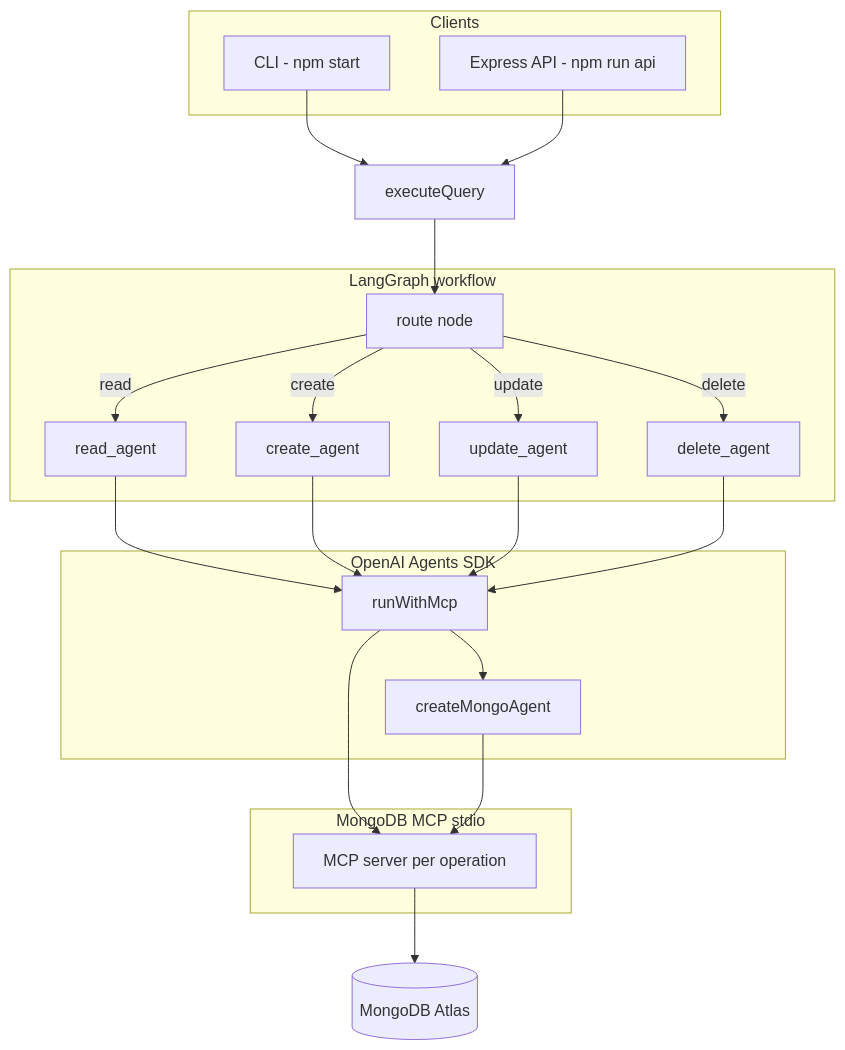
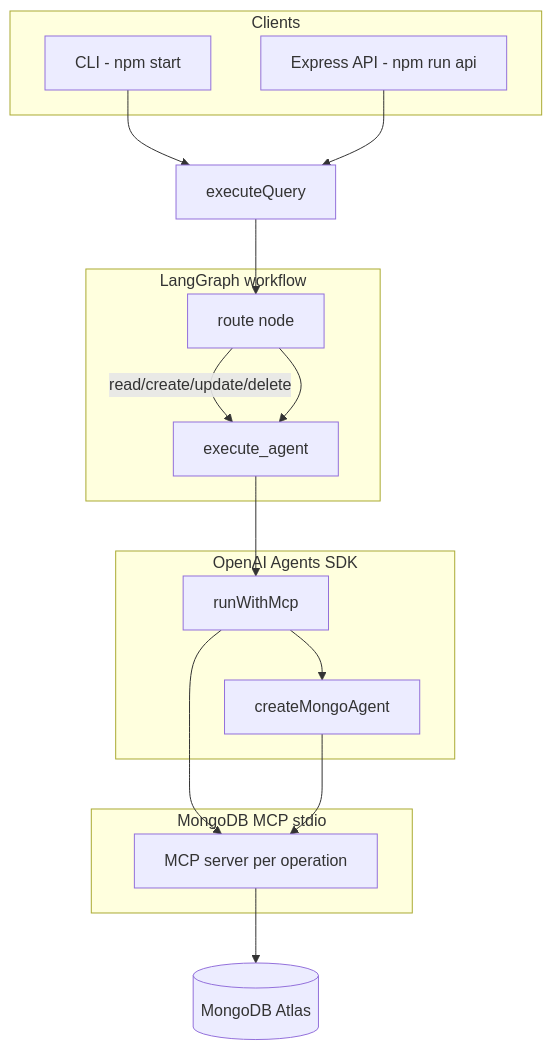
The first of 2 diagrams in README.md (tansenkhan1990/MCP_TYEPSCRIPT_MONGODB_LANGGRAPH_OPENAI_AGENT), drawn with Mermaid before and after one commit. The commit also changed other lines of this file and 13 other files, not shown here.

````diff
--- a/README.md
+++ b/README.md
@@ -65,42 +65,34 @@
 ```mermaid
 flowchart TB
   subgraph clients [Clients]
     CLI[CLI - npm start]
     API[Express API - npm run api]
   end
 
   subgraph workflow [LangGraph workflow]
     Route[route node]
-    ReadN[read_agent]
-    CreateN[create_agent]
-    UpdateN[update_agent]
-    DeleteN[delete_agent]
-    Route -->|read| ReadN
-    Route -->|create| CreateN
-    Route -->|update| UpdateN
-    Route -->|delete| DeleteN
+    Exec[execute_agent]
+    Route -->|read/create/update/delete| Exec
   end
 
   subgraph agents [OpenAI Agents SDK]
     Factory[createMongoAgent]
     RunMCP[runWithMcp]
   end
 
   subgraph mcp [MongoDB MCP stdio]
     MCP[MCP server per operation]
   end
 
   Atlas[(MongoDB Atlas)]
 
   CLI --> executeQuery
   API --> executeQuery
   executeQuery --> Route
-  ReadN --> RunMCP
-  CreateN --> RunMCP
-  UpdateN --> RunMCP
-  DeleteN --> RunMCP
+  Route --> Exec
+  Exec --> RunMCP
   RunMCP --> Factory
   RunMCP --> MCP
   Factory --> MCP
   MCP --> Atlas
 ```
````
